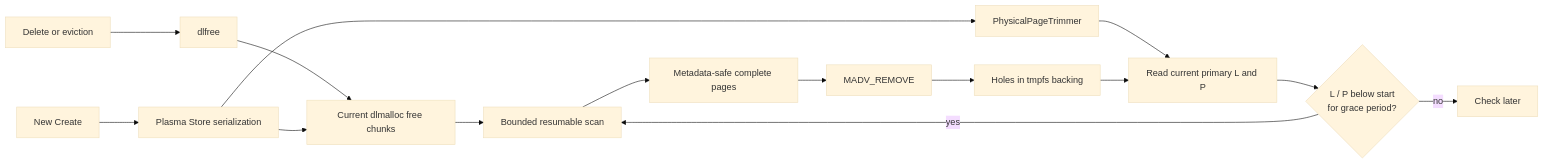
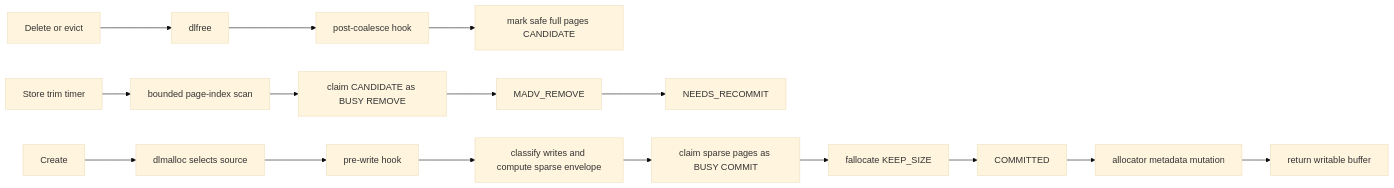
One commit to ray-project/enhancements changed the first of 2 diagrams in reps/2026-08-19-plasma-physical-page-reclamation.md. Above: the diagram before and after it, drawn with Mermaid (base theme). The commit also changed other lines of this file, not shown here.

First line of the commit message:
REP: add page-state backing admission protocol

````diff
--- a/reps/2026-08-19-plasma-physical-page-reclamation.md
+++ b/reps/2026-08-19-plasma-physical-page-reclamation.md
@@ -155,19 +174,20 @@
 ```mermaid
 flowchart LR
-    D[Delete or eviction] --> F[dlfree]
-    F --> B[Current dlmalloc free chunks]
+  D[Delete or evict] --> F[dlfree]
+  F --> H1[post-coalesce hook]
+  H1 --> C[mark safe full pages CANDIDATE]
 
-    T[PhysicalPageTrimmer] --> A[Read current primary L and P]
-    A --> R{L / P below start\nfor grace period?}
-    R -- no --> C[Check later]
-    R -- yes --> S[Bounded resumable scan]
-    B --> S
-    S --> M[Metadata-safe complete pages]
-    M --> X[MADV_REMOVE]
-    X --> H[Holes in tmpfs backing]
-    H --> A
+  T[Store trim timer] --> Q[bounded page-index scan]
+  Q --> BR[claim CANDIDATE as BUSY REMOVE]
+  BR --> M[MADV_REMOVE]
+  M --> NR[NEEDS_RECOMMIT]
 
-    N[New Create] --> Q[Plasma Store serialization]
-    Q --> B
-    Q --> T
+  CR[Create] --> DL[dlmalloc selects source]
+  DL --> H2[pre-write hook]
+  H2 --> E[classify writes and compute sparse envelope]
+  E --> BC[claim sparse pages as BUSY COMMIT]
+  BC --> FA[fallocate KEEP_SIZE]
+  FA --> CO[COMMITTED]
+  CO --> AM[allocator metadata mutation]
+  AM --> R[return writable buffer]
 ```
````
